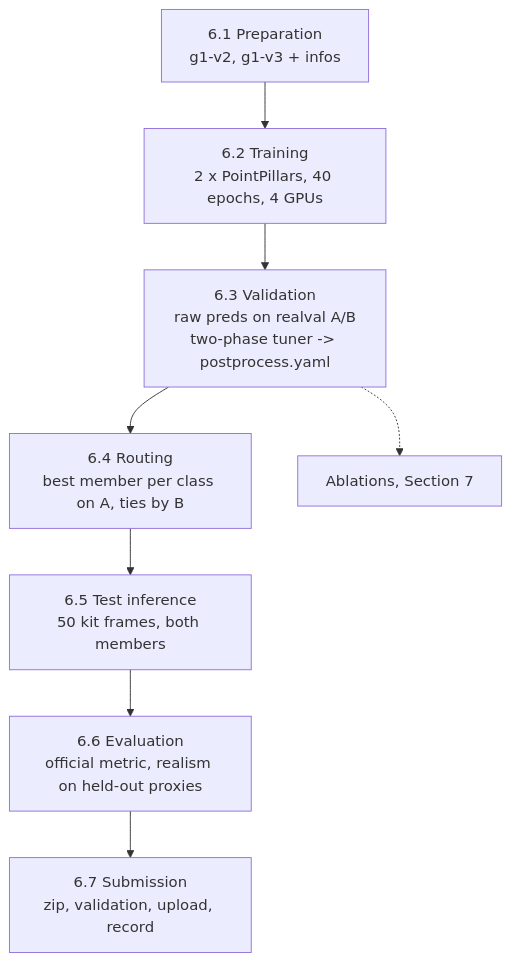
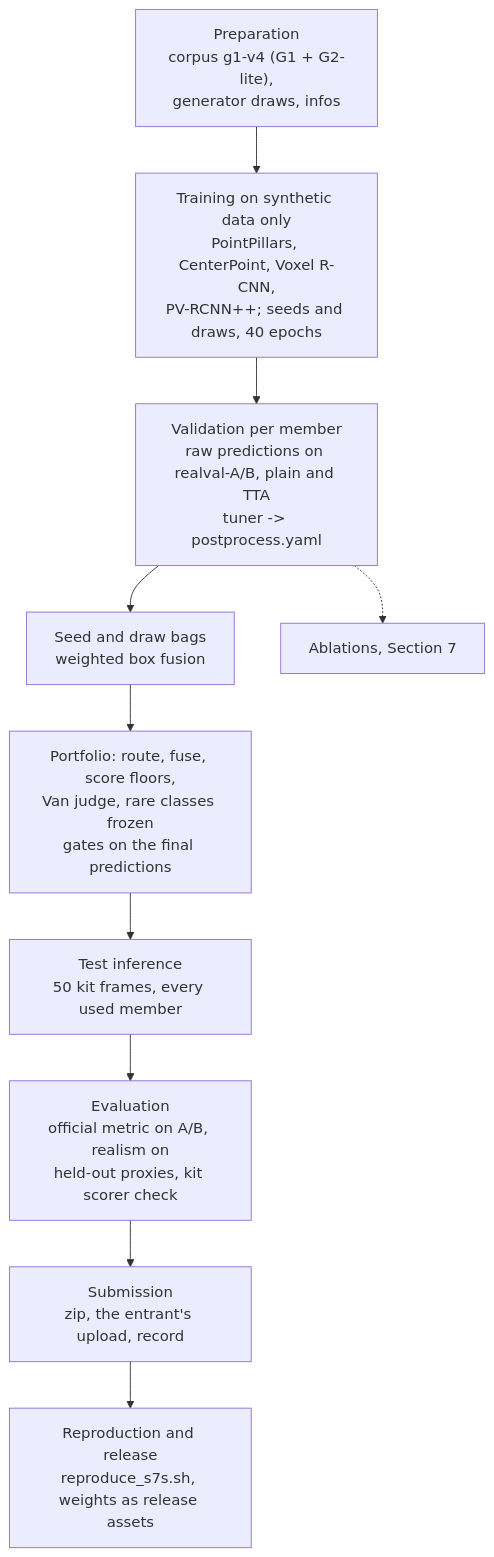
Before and after one commit to karmarv/utsim2real-bdc26: the diagram in model-lumpi-track/README.md, drawn with Mermaid. The commit also changed other lines of this file and 12 other files, not shown here.

````diff
--- a/model-lumpi-track/README.md
+++ b/model-lumpi-track/README.md
@@ -111,10 +113,12 @@
 ```mermaid
 flowchart TB
-  P[6.1 Preparation<br/>g1-v2, g1-v3 + infos] --> T[6.2 Training<br/>2 x PointPillars, 40 epochs, 4 GPUs]
-  T --> V[6.3 Validation<br/>raw preds on realval A/B<br/>two-phase tuner -> postprocess.yaml]
-  V --> R[6.4 Routing<br/>best member per class on A, ties by B]
-  R --> I[6.5 Test inference<br/>50 kit frames, both members]
-  I --> E[6.6 Evaluation<br/>official metric, realism on held-out proxies]
-  E --> S[6.7 Submission<br/>zip, validation, upload, record]
-  V -.-> A[Ablations, Section 7]
+  P["Preparation<br/>corpus g1-v4 (G1 + G2-lite),<br/>generator draws, infos"] --> T["Training on synthetic data only<br/>PointPillars, CenterPoint, Voxel R-CNN,<br/>PV-RCNN++; seeds and draws, 40 epochs"]
+  T --> V["Validation per member<br/>raw predictions on realval-A/B, plain and TTA<br/>tuner -> postprocess.yaml"]
+  V --> B["Seed and draw bags<br/>weighted box fusion"]
+  B --> R["Portfolio: route, fuse, score floors,<br/>Van judge, rare classes frozen<br/>gates on the final predictions"]
+  R --> I["Test inference<br/>50 kit frames, every used member"]
+  I --> E["Evaluation<br/>official metric on A/B, realism on<br/>held-out proxies, kit scorer check"]
+  E --> S["Submission<br/>zip, the entrant's upload, record"]
+  S --> RP["Reproduction and release<br/>reproduce_s7s.sh, weights as release assets"]
+  V -.-> A["Ablations, Section 7"]
 ```
````
